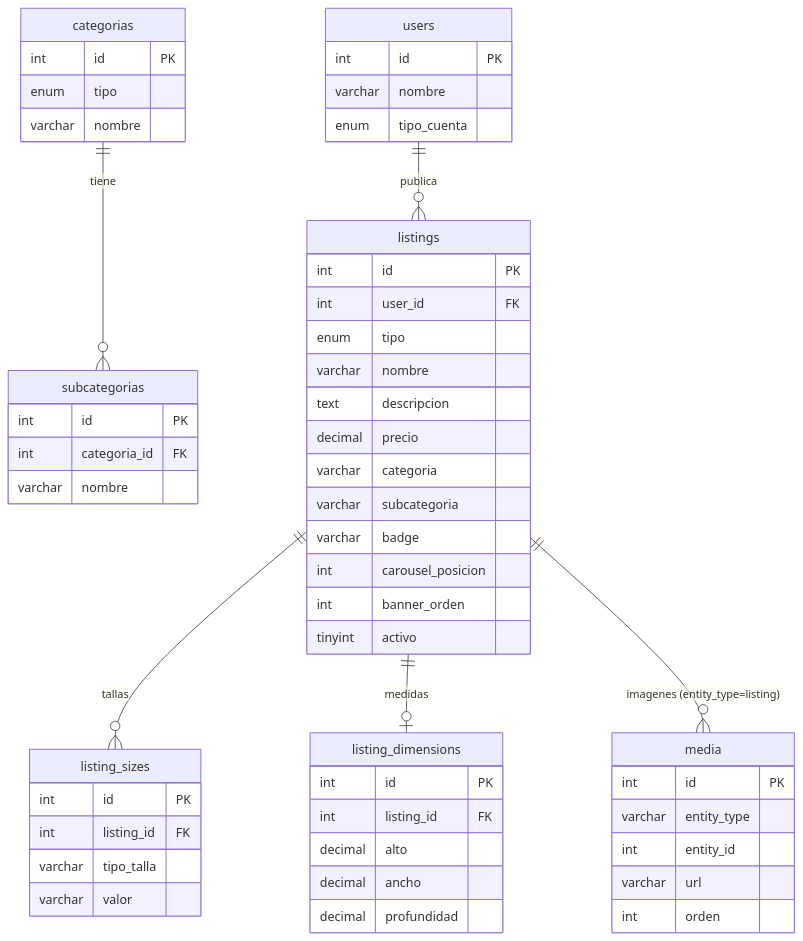
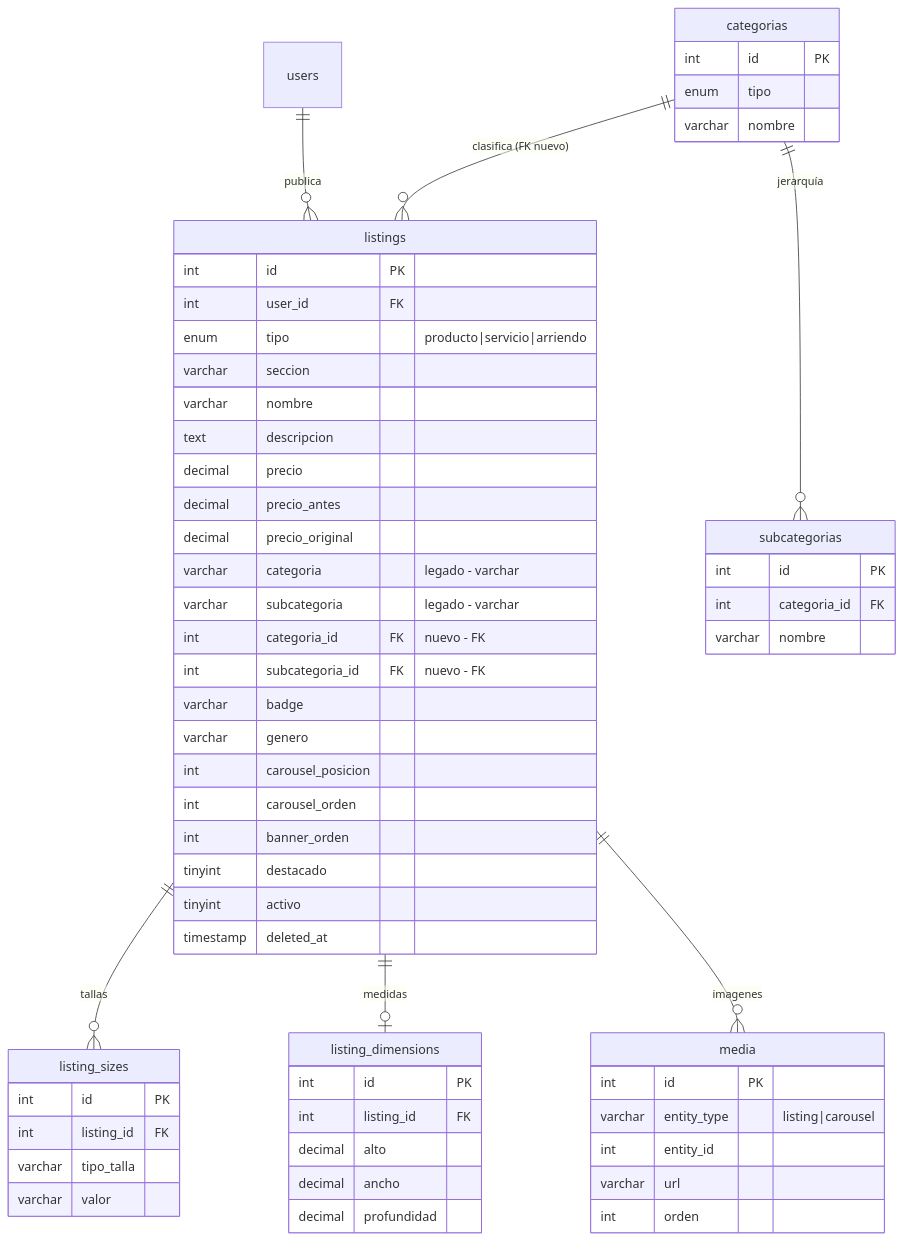
One commit to pato1982/Solo_un_click changed the second of 6 diagrams in diagrama_BD.md. Above: the diagram before and after it, drawn with Mermaid. The commit also changed other lines of this file and 2 other files, not shown here.

First line of the commit message:
docs(db-schema-v2): batch C — homologación de diagrama, roadmap y estado real auditoría

````diff
--- a/diagrama_BD.md
+++ b/diagrama_BD.md
@@ -65,64 +90,62 @@
 ```mermaid
 erDiagram
-    users {
-        int id PK
-        varchar nombre
-        enum tipo_cuenta
-    }
-
-    categorias {
-        int id PK
-        enum tipo
-        varchar nombre
-    }
-
-    subcategorias {
-        int id PK
-        int categoria_id FK
-        varchar nombre
-    }
-
     listings {
         int id PK
         int user_id FK
-        enum tipo
+        enum tipo "producto|servicio|arriendo"
+        varchar seccion
         varchar nombre
         text descripcion
         decimal precio
-        varchar categoria
-        varchar subcategoria
+        decimal precio_antes
+        decimal precio_original
+        varchar categoria "legado - varchar"
+        varchar subcategoria "legado - varchar"
+        int categoria_id FK "nuevo - FK"
+        int subcategoria_id FK "nuevo - FK"
         varchar badge
+        varchar genero
         int carousel_posicion
+        int carousel_orden
         int banner_orden
+        tinyint destacado
         tinyint activo
+        timestamp deleted_at
     }
-
     listing_sizes {
         int id PK
         int listing_id FK
         varchar tipo_talla
         varchar valor
     }
-
     listing_dimensions {
         int id PK
         int listing_id FK
         decimal alto
         decimal ancho
         decimal profundidad
     }
-
+    categorias {
+        int id PK
+        enum tipo
+        varchar nombre
+    }
+    subcategorias {
+        int id PK
+        int categoria_id FK
+        varchar nombre
+    }
     media {
         int id PK
-        varchar entity_type
+        varchar entity_type "listing|carousel"
         int entity_id
         varchar url
         int orden
     }
-
     users ||--o{ listings : "publica"
-    categorias ||--o{ subcategorias : "tiene"
     listings ||--o{ listing_sizes : "tallas"
     listings ||--o| listing_dimensions : "medidas"
-    listings ||--o{ media : "imagenes (entity_type=listing)"
+    listings ||--o{ media : "imagenes"
+    categorias ||--o{ subcategorias : "jerarquía"
+    categorias ||--o{ listings : "clasifica (FK nuevo)"
 ```
````
